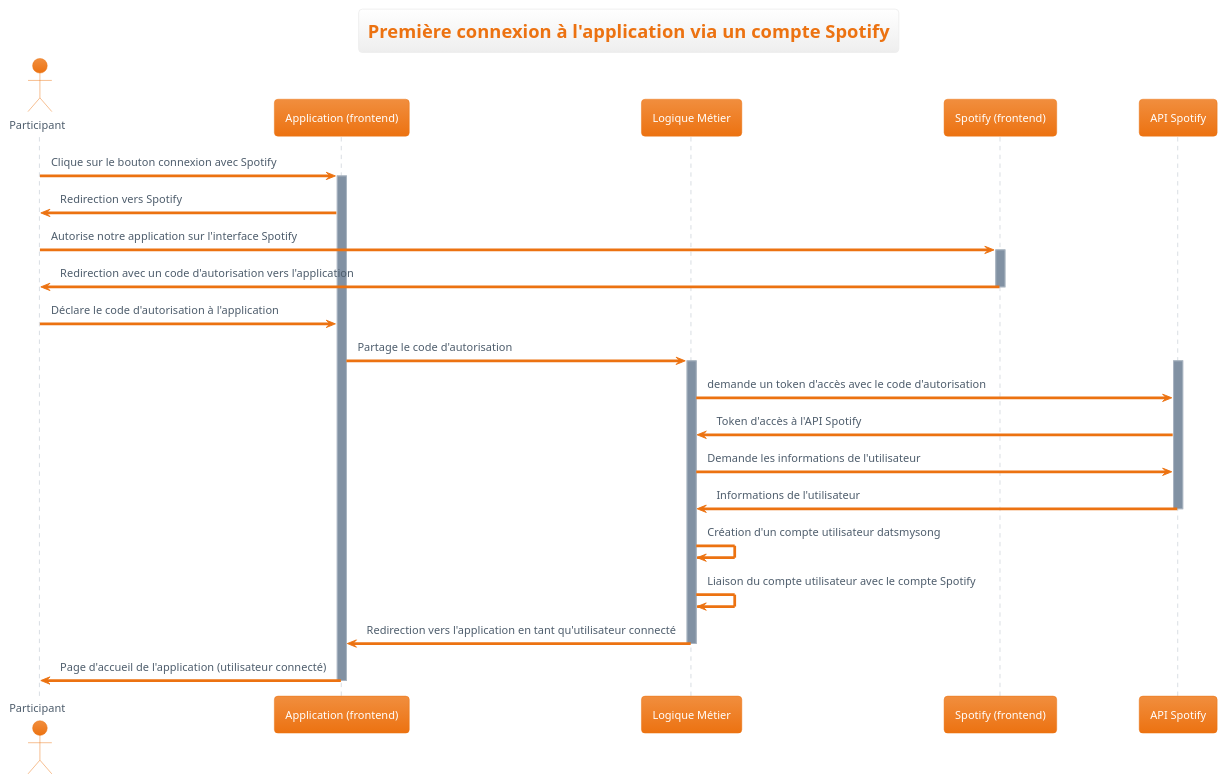
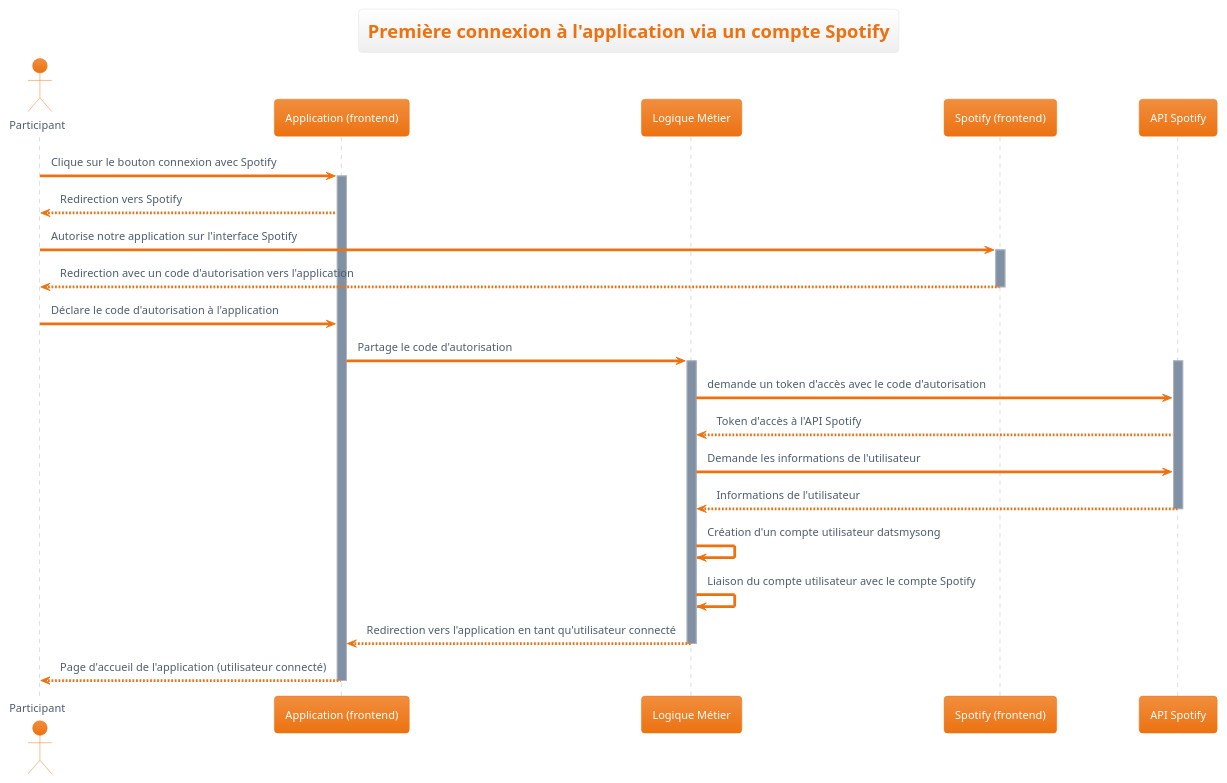
One commit to datsmysong/app changed the diagram in Document du projet/Etude préalable/Diagrammes/Diagrammes de séquence/inscription_provider_spotify.puml. Above: the diagram before and after it, drawn with PlantUML.

Commit message:
fix(etude): added dotted line

```diff
--- a/Document du projet/Etude préalable/Diagrammes/Diagrammes de séquence/inscription_provider_spotify.puml
+++ b/Document du projet/Etude préalable/Diagrammes/Diagrammes de séquence/inscription_provider_spotify.puml
@@ -1,33 +1,33 @@
 @startuml Diagramme de séquence
 title Première connexion à l'application via un compte Spotify
 !theme aws-orange
 
 actor Participant as User
 participant App as "Application (frontend)"
 participant LogiqueMetier as "Logique Métier"
 participant Spotify as "Spotify (frontend)"
 participant SpotifyAPI as "API Spotify"
 
 User -> App: Clique sur le bouton connexion avec Spotify
 activate App
-User <- App: Redirection vers Spotify
+User <-- App: Redirection vers Spotify
 User -> Spotify: Autorise notre application sur l'interface Spotify
 activate Spotify
-User <- Spotify: Redirection avec un code d'autorisation vers l'application
+User <-- Spotify: Redirection avec un code d'autorisation vers l'application
 deactivate Spotify
 User -> App: Déclare le code d'autorisation à l'application
-App->LogiqueMetier: Partage le code d'autorisation
+App -> LogiqueMetier: Partage le code d'autorisation
 activate LogiqueMetier
 activate SpotifyAPI
 LogiqueMetier -> SpotifyAPI: demande un token d'accès avec le code d'autorisation
-LogiqueMetier <- SpotifyAPI: Token d'accès à l'API Spotify
+LogiqueMetier <-- SpotifyAPI: Token d'accès à l'API Spotify
 LogiqueMetier -> SpotifyAPI: Demande les informations de l'utilisateur
-LogiqueMetier <- SpotifyAPI: Informations de l'utilisateur
+LogiqueMetier <-- SpotifyAPI: Informations de l'utilisateur
 deactivate SpotifyAPI
 LogiqueMetier -> LogiqueMetier: Création d'un compte utilisateur datsmysong
 LogiqueMetier -> LogiqueMetier: Liaison du compte utilisateur avec le compte Spotify
-LogiqueMetier -> App: Redirection vers l'application en tant qu'utilisateur connecté
+App <-- LogiqueMetier : Redirection vers l'application en tant qu'utilisateur connecté
 deactivate LogiqueMetier
-App -> User: Page d'accueil de l'application (utilisateur connecté)
+User <-- App : Page d'accueil de l'application (utilisateur connecté)
 deactivate App
 @enduml
```
